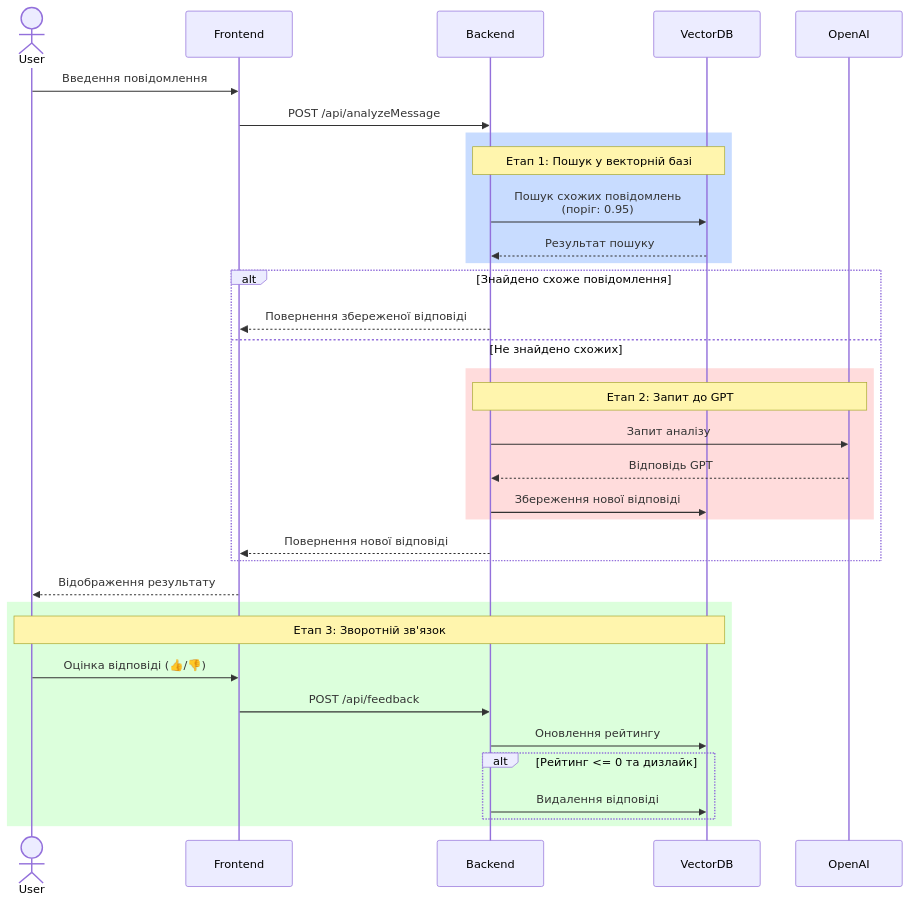
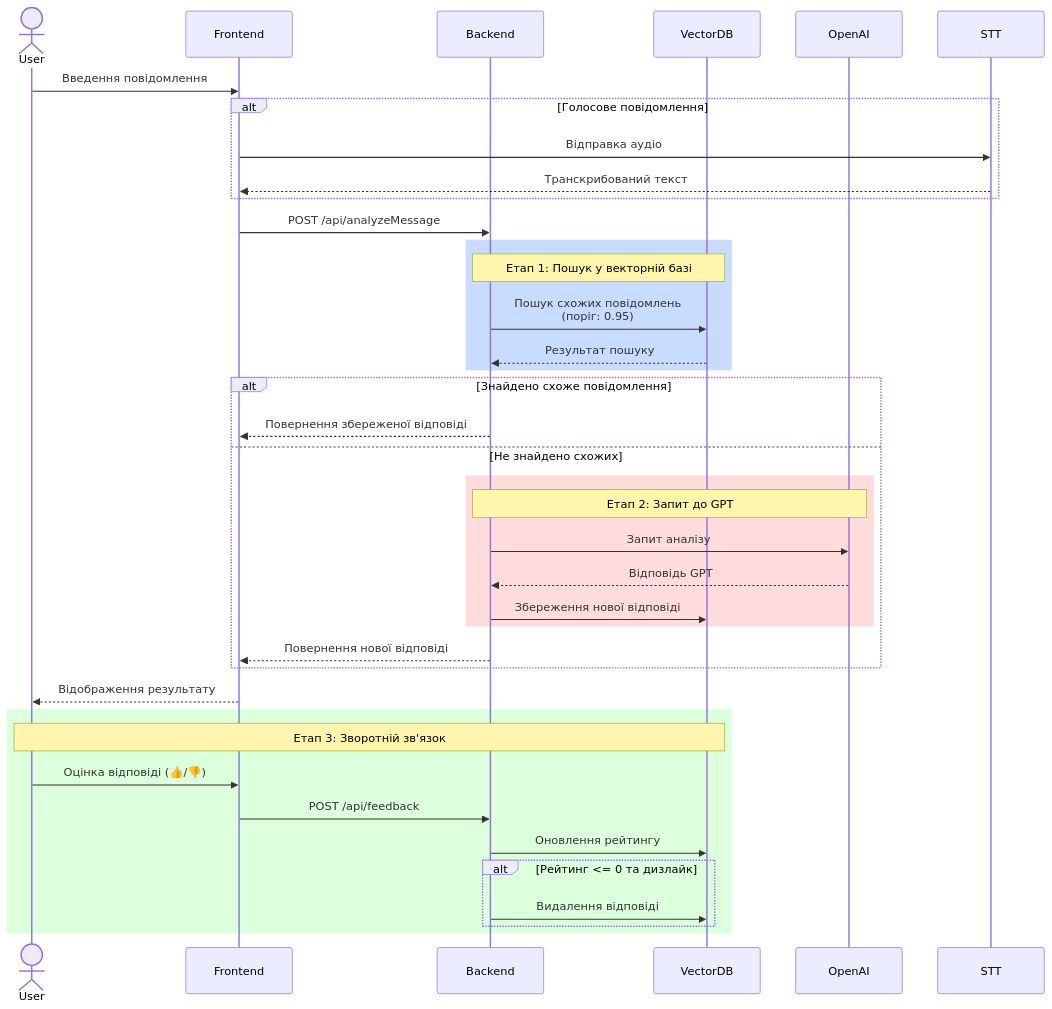
Before and after one commit to YurovskyyAndriy/my-empathy-app: the diagram in README.md, drawn with Mermaid. The commit also changed other lines of this file, not shown here.

````diff
--- a/README.md
+++ b/README.md
@@ -11,42 +11,49 @@
 ```mermaid
 sequenceDiagram
     actor User
     participant Frontend
     participant Backend
     participant VectorDB
     participant OpenAI
+    participant STT
     
     User->>Frontend: Введення повідомлення
+    
+    alt Голосове повідомлення
+        Frontend->>STT: Відправка аудіо
+        STT-->>Frontend: Транскрибований текст
+    end
+    
     Frontend->>Backend: POST /api/analyzeMessage
     
     rect rgb(200, 220, 255)
         note over Backend,VectorDB: Етап 1: Пошук у векторній базі
         Backend->>VectorDB: Пошук схожих повідомлень<br/>(поріг: 0.95)
         VectorDB-->>Backend: Результат пошуку
     end
     
     alt Знайдено схоже повідомлення
         Backend-->>Frontend: Повернення збереженої відповіді
     else Не знайдено схожих
         rect rgb(255, 220, 220)
             note over Backend,OpenAI: Етап 2: Запит до GPT
             Backend->>OpenAI: Запит аналізу
             OpenAI-->>Backend: Відповідь GPT
             Backend->>VectorDB: Збереження нової відповіді
         end
         Backend-->>Frontend: Повернення нової відповіді
     end
     
     Frontend-->>User: Відображення результату
     
     rect rgb(220, 255, 220)
         note over User,VectorDB: Етап 3: Зворотній зв'язок
         User->>Frontend: Оцінка відповіді (👍/👎)
         Frontend->>Backend: POST /api/feedback
         Backend->>VectorDB: Оновлення рейтингу
         
         alt Рейтинг <= 0 та дизлайк
             Backend->>VectorDB: Видалення відповіді
         end
     end
 ```
````
